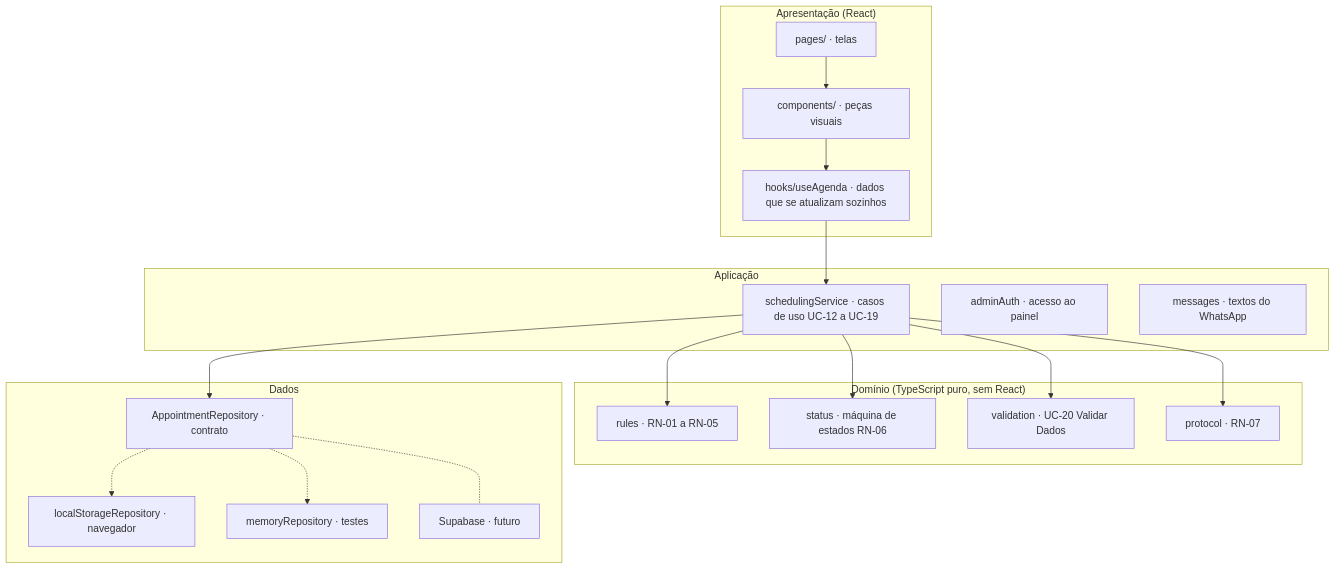
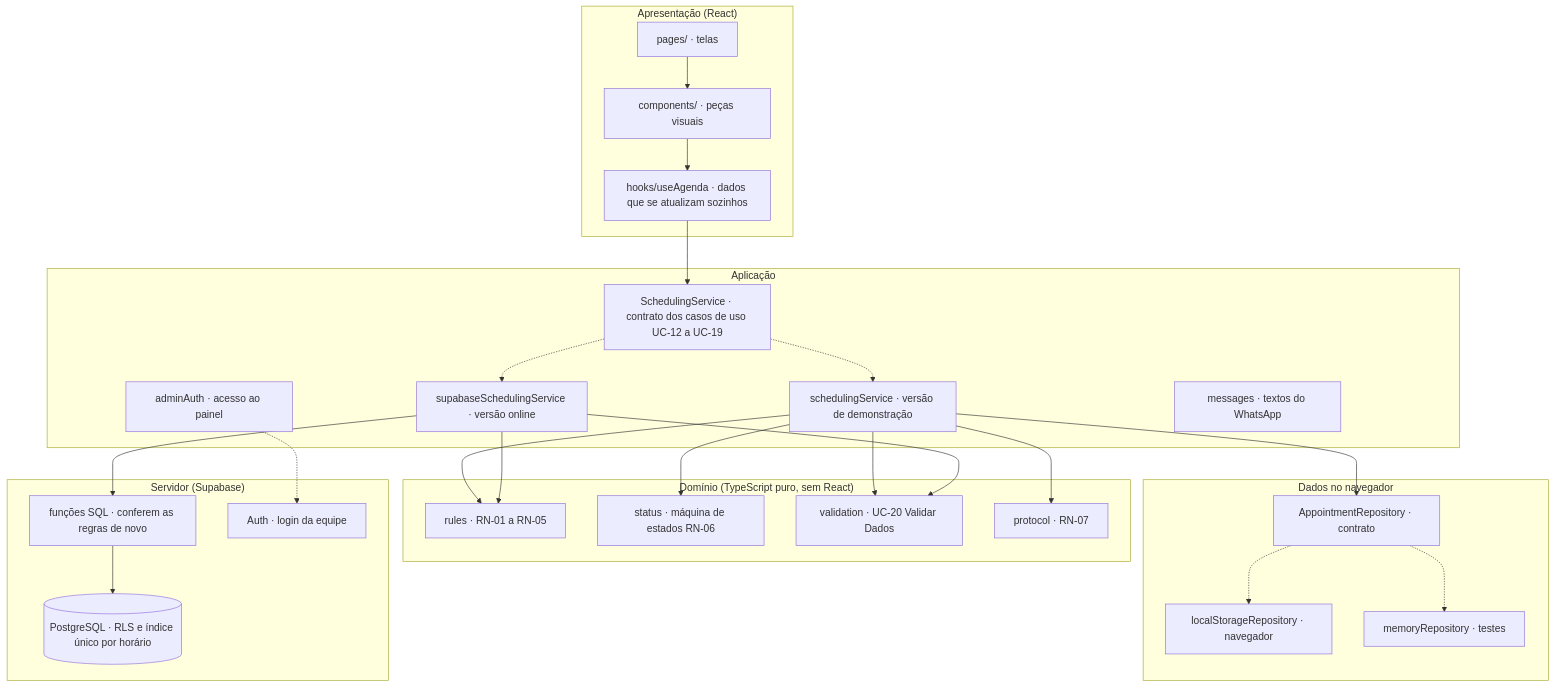
Before and after one commit to fabiobombardelli/nsc-garage-site: the first of 5 diagrams in README.md, drawn with Mermaid. The commit also changed other lines of this file and 7 other files, not shown here.

````diff
--- a/README.md
+++ b/README.md
@@ -204,30 +219,39 @@
 ```mermaid
 flowchart TB
   subgraph Apresentacao["Apresentação (React)"]
     P["pages/ · telas"]
     C["components/ · peças visuais"]
     H["hooks/useAgenda · dados que se atualizam sozinhos"]
   end
   subgraph Aplicacao["Aplicação"]
-    S["schedulingService · casos de uso UC-12 a UC-19"]
+    CT["SchedulingService · contrato dos casos de uso UC-12 a UC-19"]
+    S["schedulingService · versão de demonstração"]
+    SS["supabaseSchedulingService · versão online"]
     A["adminAuth · acesso ao painel"]
     M["messages · textos do WhatsApp"]
   end
   subgraph Dominio["Domínio (TypeScript puro, sem React)"]
     R["rules · RN-01 a RN-05"]
     E["status · máquina de estados RN-06"]
     V["validation · UC-20 Validar Dados"]
     PR["protocol · RN-07"]
   end
-  subgraph Dados["Dados"]
+  subgraph Dados["Dados no navegador"]
     I["AppointmentRepository · contrato"]
     L["localStorageRepository · navegador"]
     MEM["memoryRepository · testes"]
-    SUP["Supabase · futuro"]
   end
-  P --> C --> H --> S
+  subgraph Servidor["Servidor (Supabase)"]
+    RPC["funções SQL · conferem as regras de novo"]
+    DB[("PostgreSQL · RLS e índice único por horário")]
+    AU["Auth · login da equipe"]
+  end
+  P --> C --> H --> CT
+  CT -.-> S & SS
   S --> R & E & V & PR
   S --> I
   I -.-> L & MEM
-  I -.- SUP
+  SS --> R & V
+  SS --> RPC --> DB
+  A -.-> AU
 ```
````
